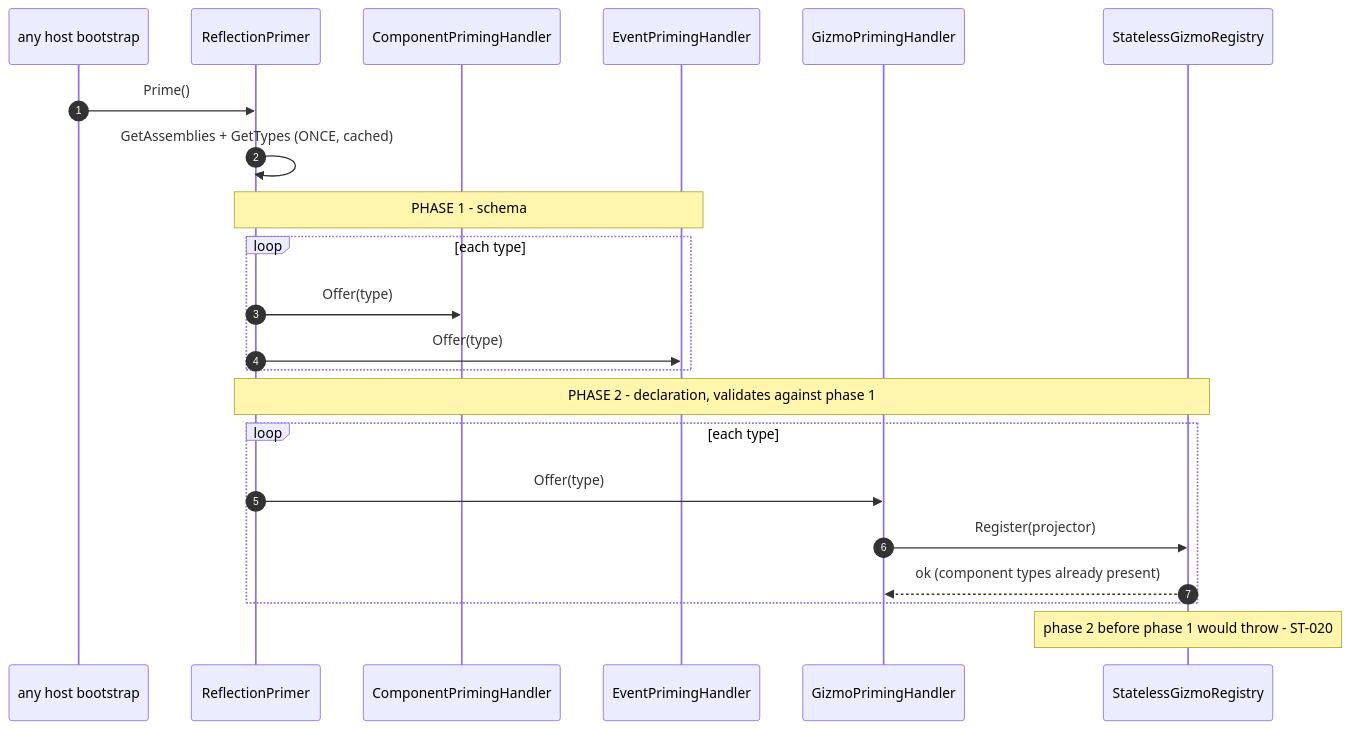
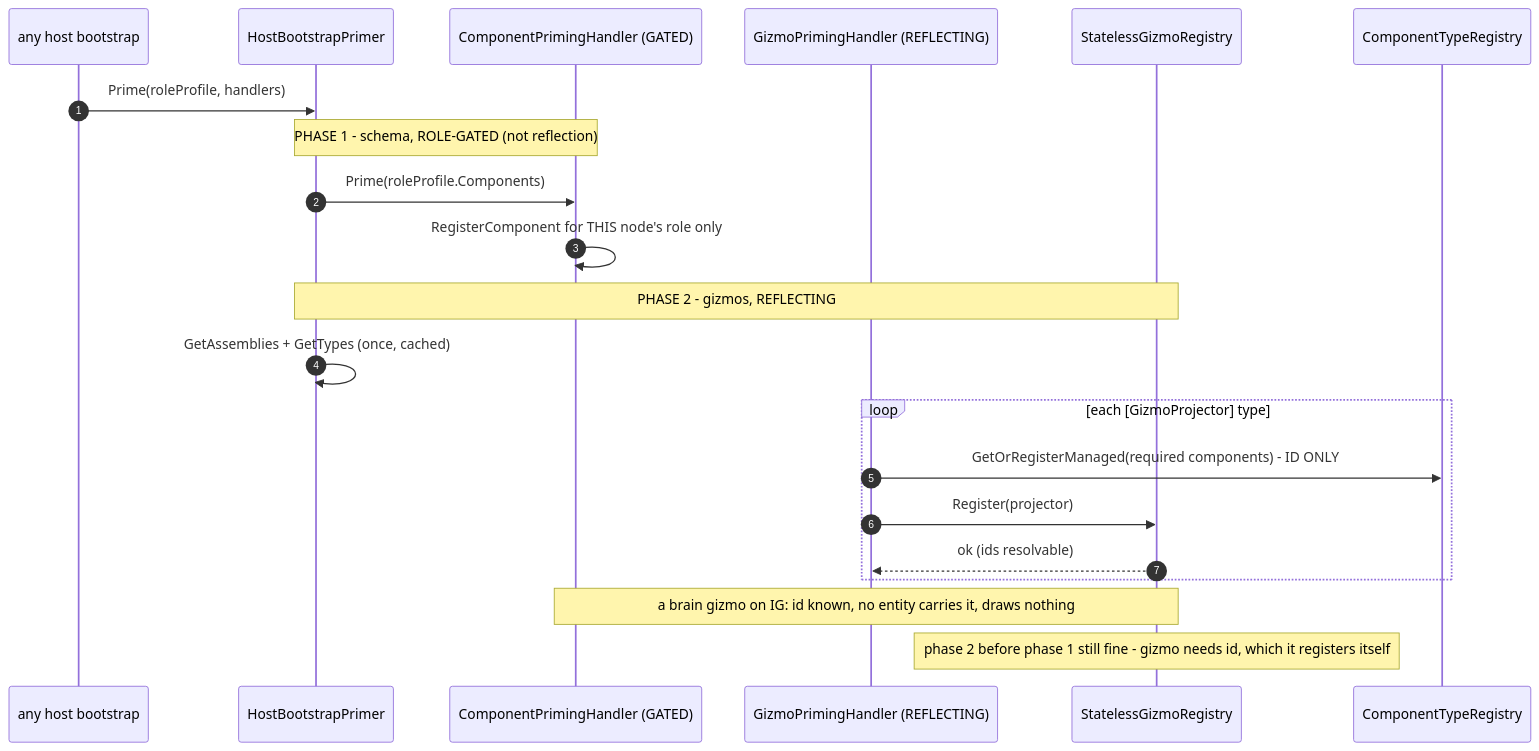
One commit to pjanec/HROT changed the second of 2 diagrams in docs/DESIGN_Reflection_World_Priming.md. Above: the diagram before and after it, drawn with Mermaid. The commit also changed other lines of this file and 1 other file, not shown here.

````diff
--- a/docs/DESIGN_Reflection_World_Priming.md
+++ b/docs/DESIGN_Reflection_World_Priming.md
@@ -127,27 +195,26 @@
 ```mermaid
 sequenceDiagram
     autonumber
     participant Host as any host bootstrap
-    participant P as ReflectionPrimer
-    participant C as ComponentPrimingHandler
-    participant E as EventPrimingHandler
-    participant G as GizmoPrimingHandler
+    participant P as HostBootstrapPrimer
+    participant C as ComponentPrimingHandler (GATED)
+    participant G as GizmoPrimingHandler (REFLECTING)
     participant Reg as StatelessGizmoRegistry
+    participant CTR as ComponentTypeRegistry
 
-    Host->>P: Prime()
-    P->>P: GetAssemblies + GetTypes (ONCE, cached)
+    Host->>P: Prime(roleProfile, handlers)
 
-    Note over P,E: PHASE 1 - schema
-    loop each type
-        P->>C: Offer(type)
-        P->>E: Offer(type)
+    Note over P,C: PHASE 1 - schema, ROLE-GATED (not reflection)
+    P->>C: Prime(roleProfile.Components)
+    C->>C: RegisterComponent for THIS node's role only
+
+    Note over P,Reg: PHASE 2 - gizmos, REFLECTING
+    P->>P: GetAssemblies + GetTypes (once, cached)
+    loop each [GizmoProjector] type
+        G->>CTR: GetOrRegisterManaged(required components) - ID ONLY
+        G->>Reg: Register(projector)
+        Reg-->>G: ok (ids resolvable)
     end
-
-    Note over P,Reg: PHASE 2 - declaration, validates against phase 1
-    loop each type
-        P->>G: Offer(type)
-        G->>Reg: Register(projector)
-        Reg-->>G: ok (component types already present)
-    end
-    Note over Reg: phase 2 before phase 1 would throw - ST-020
+    Note over C,Reg: a brain gizmo on IG: id known, no entity carries it, draws nothing
+    Note over Reg: phase 2 before phase 1 still fine - gizmo needs id, which it registers itself
 ```
````
